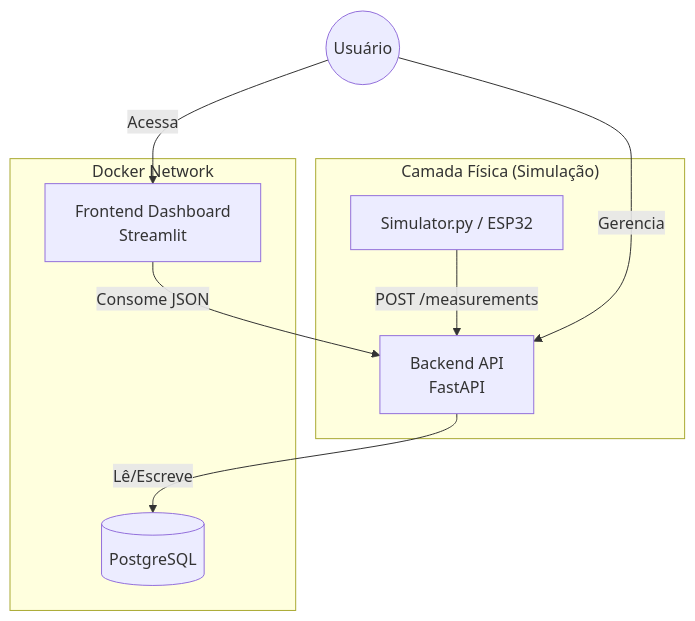
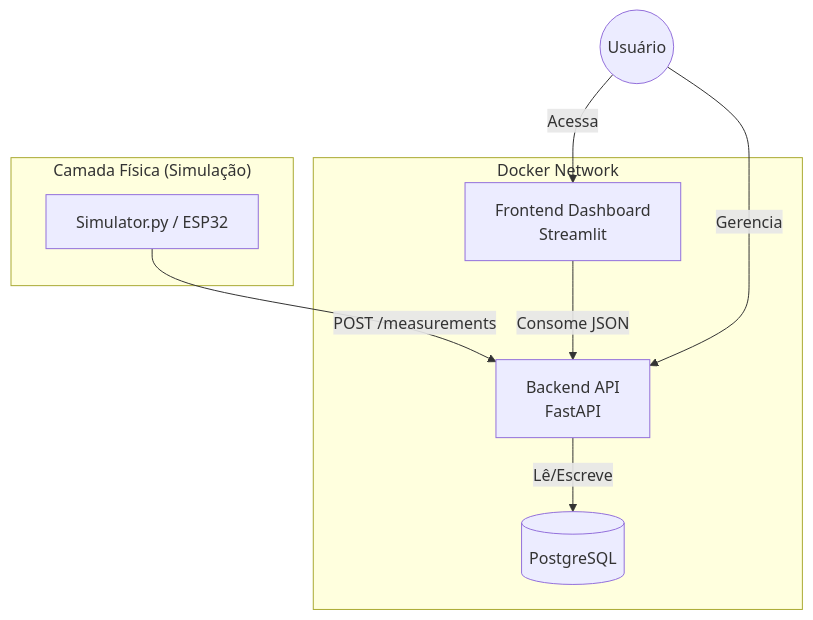
Before and after one commit to Marcelo-Gallo/iot-lab-core: the first of 2 diagrams in README.md, drawn with Mermaid.

Commit message:
docs: fix architecture diagram placing Backend API inside Docker Network

````diff
--- a/README.md
+++ b/README.md
@@ -23,19 +23,21 @@
 ```mermaid
 graph TD
     subgraph "Camada Física (Simulação)"
-        SIM[Simulator.py / ESP32] -->|POST /measurements| API
+        SIM[Simulator.py / ESP32]
     end
 
     subgraph "Docker Network"
         API[Backend API<br/>FastAPI]
         DB[(PostgreSQL)]
         DASH[Frontend Dashboard<br/>Streamlit]
-        
-        API -->|Lê/Escreve| DB
-        DASH -->|Consome JSON| API
     end
+
+    %% Conexões definidas fora dos subgraphs para não bagunçar o layout
+    SIM -->|POST /measurements| API
+    API -->|Lê/Escreve| DB
+    DASH -->|Consome JSON| API
 
     User((Usuário)) -->|Acessa| DASH
     User -->|Gerencia| API
 
 ```
````
